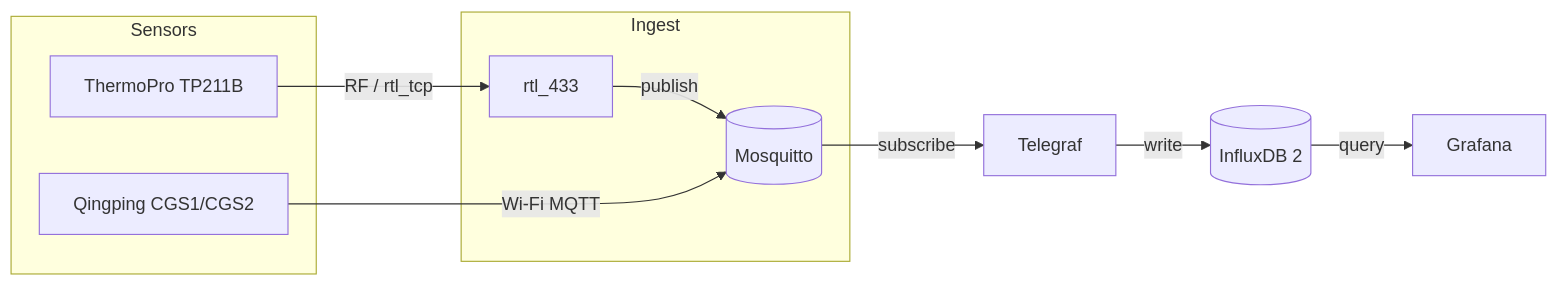
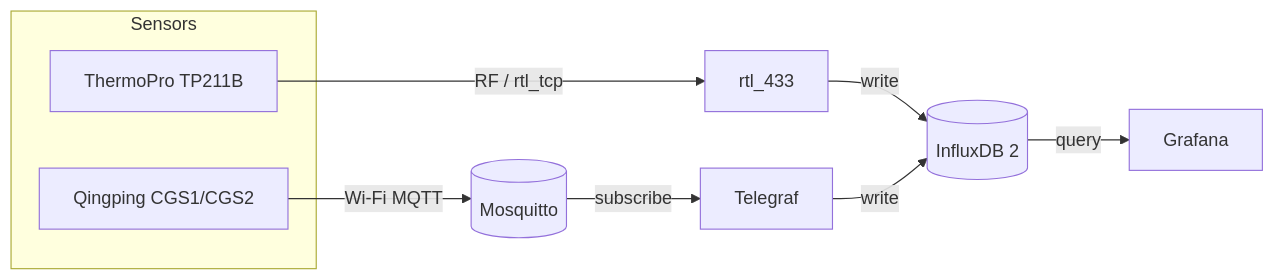
One commit to a-rahimi/home-sensors changed the diagram in README.md. Above: the diagram before and after it, drawn with Mermaid. The commit also changed other lines of this file, not shown here.

Commit message:
fix mermaid diagram
it incorrectly claimed rtl_433 sent to mqtt. it sends directly to influxdb

````diff
--- a/README.md
+++ b/README.md
@@ -15,23 +15,20 @@
 ```mermaid
 flowchart LR
   subgraph sensors["Sensors"]
     TP[ThermoPro TP211B]
     QP[Qingping CGS1/CGS2]
   end
 
-  subgraph ingest["Ingest"]
-    RTL[rtl_433]
-    MQTT[(Mosquitto)]
-  end
-
+  RTL[rtl_433]
+  MQTT[(Mosquitto)]
   TELEGRAF[Telegraf]
   INFLUX[(InfluxDB 2)]
   GRAFANA[Grafana]
 
   TP -->|RF / rtl_tcp| RTL
-  RTL -->|publish| MQTT
+  RTL -->|write| INFLUX
   QP -->|Wi‑Fi MQTT| MQTT
   MQTT -->|subscribe| TELEGRAF
   TELEGRAF -->|write| INFLUX
   INFLUX -->|query| GRAFANA
 ```
````
